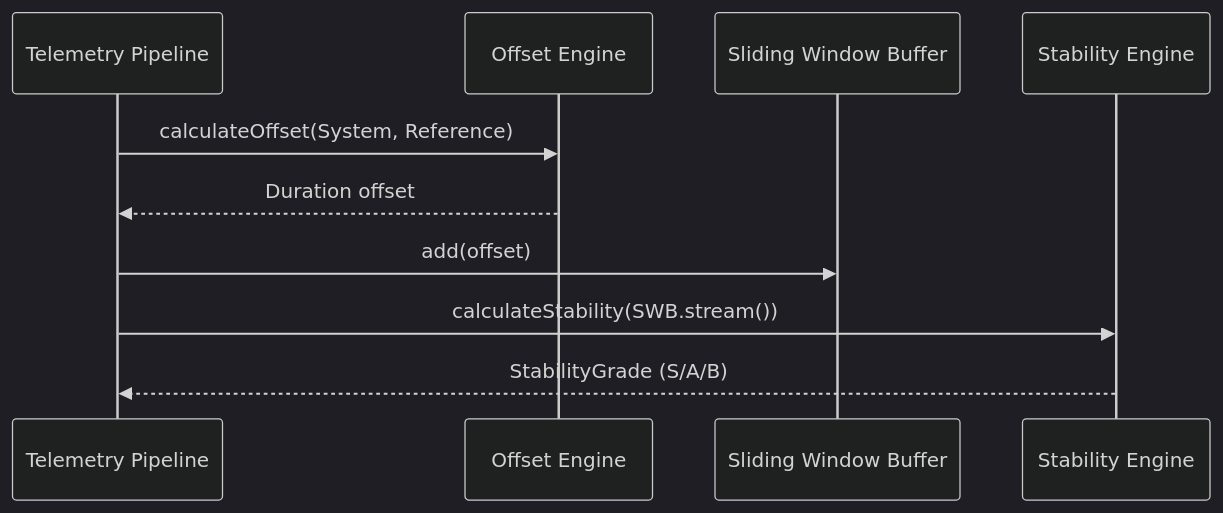
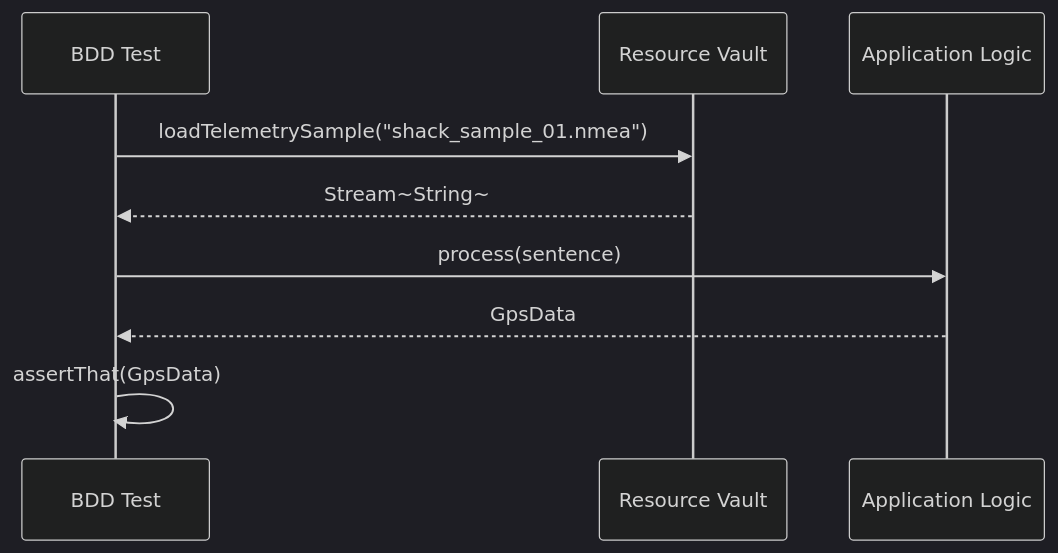
One commit to N8QQQ/qtr-qth changed the third of 3 diagrams in docs/design/DESIGN_PHASE_6.md. Above: the diagram before and after it, drawn with Mermaid (dark theme). The commit also changed other lines of this file and 51 other files, not shown here.

````diff
--- a/docs/design/DESIGN_PHASE_6.md
+++ b/docs/design/DESIGN_PHASE_6.md
@@ -48,13 +37,12 @@
 ```mermaid
 sequenceDiagram
-    participant Main as Telemetry Pipeline
-    participant OE as Offset Engine
-    participant SWB as Sliding Window Buffer
-    participant SE as Stability Engine
+    participant Test as BDD Test
+    participant Vault as Resource Vault
+    participant App as Application Logic
 
-    Main->>OE: calculateOffset(System, Reference)
-    OE-->>Main: Duration offset
-    Main->>SWB: add(offset)
-    Main->>SE: calculateStability(SWB.stream())
-    SE-->>Main: StabilityGrade (S/A/B)
+    Test->>Vault: loadTelemetrySample("shack_sample_01.nmea")
+    Vault-->>Test: Stream~String~
+    Test->>App: process(sentence)
+    App-->>Test: GpsData
+    Test->>Test: assertThat(GpsData)
 ```
````
